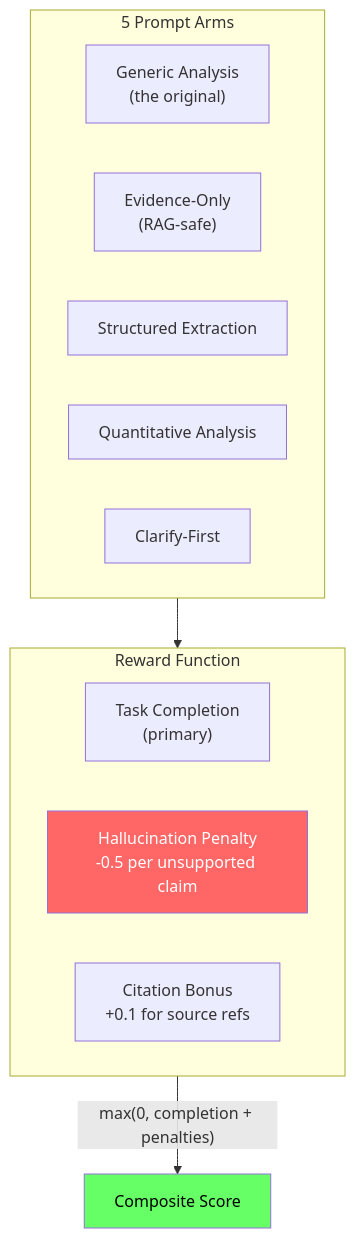
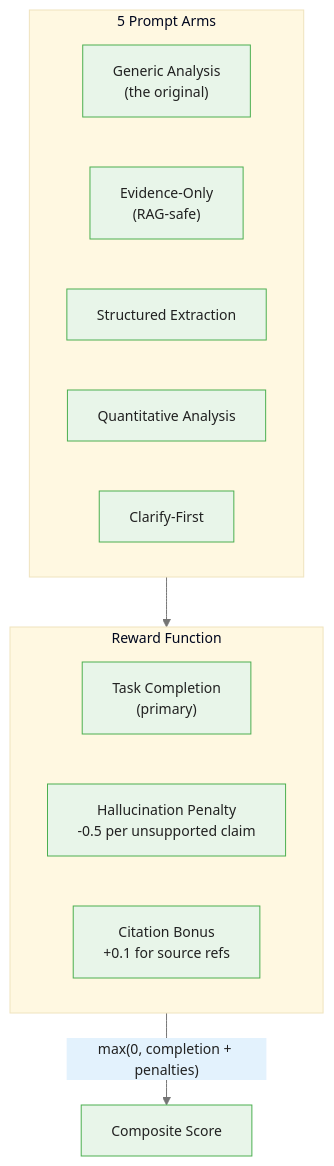
The second of 6 diagrams in courses/multi-armed-bandits-ab-testing/modules/module_08_prompt_routing_bandits/guides/04_commodity_research_assistant_slides.md (m-deane/course-creator), drawn with Mermaid before and after one commit. The commit also changed other lines of this file and 146 other files, not shown here.

````diff
--- a/courses/multi-armed-bandits-ab-testing/modules/module_08_prompt_routing_bandits/guides/04_commodity_research_assistant_slides.md
+++ b/courses/multi-armed-bandits-ab-testing/modules/module_08_prompt_routing_bandits/guides/04_commodity_research_assistant_slides.md
@@ -66,22 +77,20 @@
 ```mermaid
+%%{init: {"theme": "base", "themeVariables": {"primaryColor": "#e8f5e9", "primaryBorderColor": "#4caf50", "primaryTextColor": "#212121", "secondaryColor": "#e3f2fd", "tertiaryColor": "#fff8e1", "lineColor": "#757575", "fontFamily": "Inter, sans-serif", "fontSize": "14px"}}}%%
 flowchart TD
     subgraph Arms["5 Prompt Arms"]
         A1["Generic Analysis<br/>(the original)"]
         A2["Evidence-Only<br/>(RAG-safe)"]
         A3["Structured Extraction"]
         A4["Quantitative Analysis"]
         A5["Clarify-First"]
     end
 
     subgraph Reward["Reward Function"]
         TC["Task Completion<br/>(primary)"]
         HP["Hallucination Penalty<br/>-0.5 per unsupported claim"]
         CB["Citation Bonus<br/>+0.1 for source refs"]
     end
 
     Arms --> Reward
     Reward --> |"max(0, completion + penalties)"| Score["Composite Score"]
-
-    style HP fill:#f66,color:#fff
-    style Score fill:#6f6,color:#000
 ```
````
